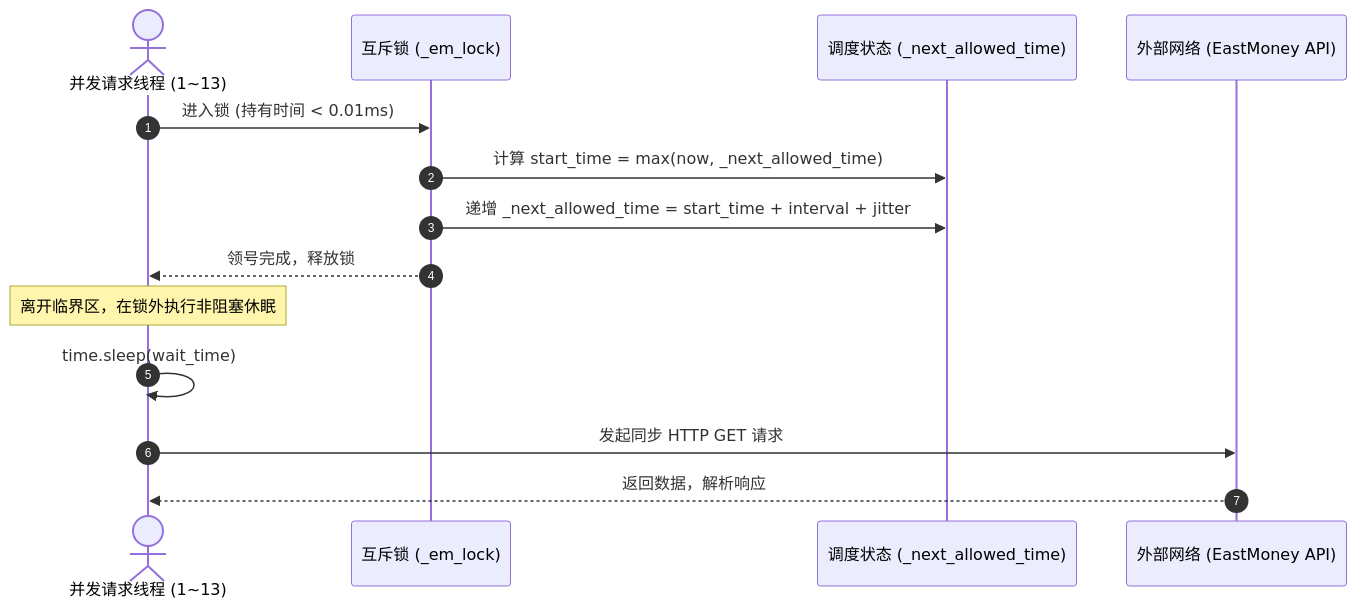
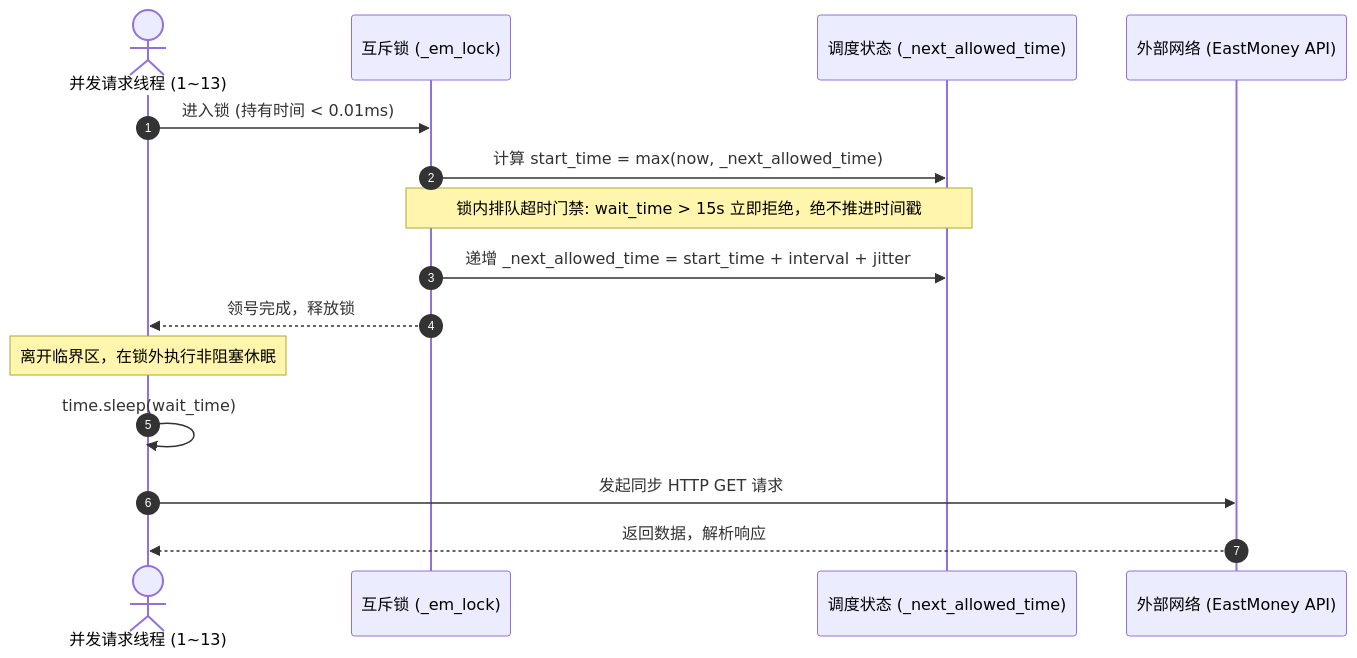
The second of 2 diagrams in TECHNICAL_AUDIT_REPORT.md (vegayan2024/jiankong), drawn with Mermaid before and after one commit. The commit also changed other lines of this file and 5 other files, not shown here.

````diff
--- a/TECHNICAL_AUDIT_REPORT.md
+++ b/TECHNICAL_AUDIT_REPORT.md
@@ -182,17 +192,18 @@
   ```mermaid
   sequenceDiagram
       autonumber
       actor Thread as 并发请求线程 (1~13)
       participant Lock as 互斥锁 (_em_lock)
       participant State as 调度状态 (_next_allowed_time)
       participant Net as 外部网络 (EastMoney API)
 
       Thread->>Lock: 进入锁 (持有时间 < 0.01ms)
       Lock->>State: 计算 start_time = max(now, _next_allowed_time)
+      Note over Lock,State: 锁内排队超时门禁: wait_time > 15s 立即拒绝，绝不推进时间戳
       Lock->>State: 递增 _next_allowed_time = start_time + interval + jitter
       Lock-->>Thread: 领号完成，释放锁
       Note over Thread: 离开临界区，在锁外执行非阻塞休眠
       Thread->>Thread: time.sleep(wait_time)
       Thread->>Net: 发起同步 HTTP GET 请求
       Net-->>Thread: 返回数据，解析响应
   ```
````
